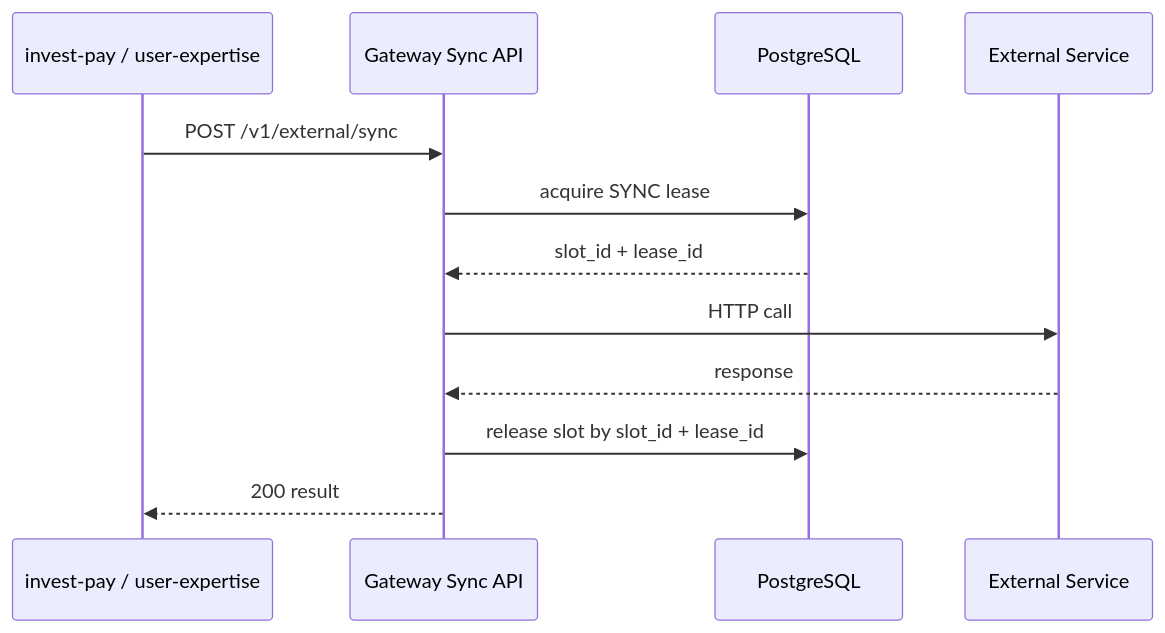
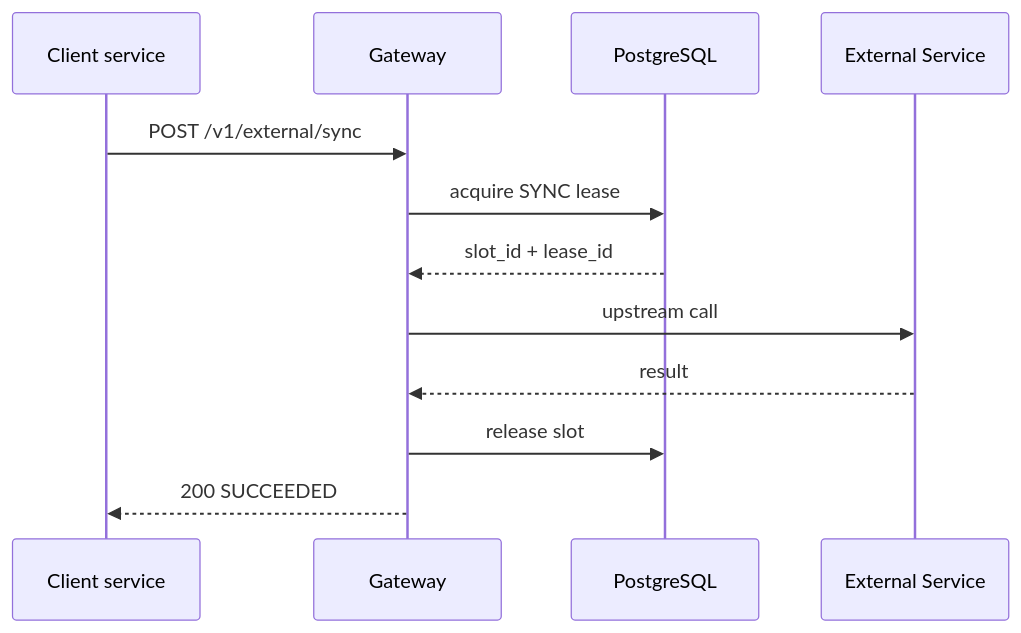
Before and after one commit to DenisVanin4402/TestQwenCli: the fourth of 13 diagrams in docs/external-service-gateway/c4-architecture.md, drawn with Mermaid. The commit also changed other lines of this file and 11 other files, not shown here.

Commit message:
sync\async api (first init) - обновлена документация

````diff
--- a/docs/external-service-gateway/c4-architecture.md
+++ b/docs/external-service-gateway/c4-architecture.md
@@ -120,15 +100,15 @@
 ```mermaid
 sequenceDiagram
-    participant Client as invest-pay / user-expertise
-    participant API as Gateway Sync API
+    participant Client as Client service
+    participant Gateway as Gateway
     participant DB as PostgreSQL
     participant Upstream as External Service
 
-    Client->>API: POST /v1/external/sync
-    API->>DB: acquire SYNC lease
-    DB-->>API: slot_id + lease_id
-    API->>Upstream: HTTP call
-    Upstream-->>API: response
-    API->>DB: release slot by slot_id + lease_id
-    API-->>Client: 200 result
+    Client->>Gateway: POST /v1/external/sync
+    Gateway->>DB: acquire SYNC lease
+    DB-->>Gateway: slot_id + lease_id
+    Gateway->>Upstream: upstream call
+    Upstream-->>Gateway: result
+    Gateway->>DB: release slot
+    Gateway-->>Client: 200 SUCCEEDED
 ```
````
